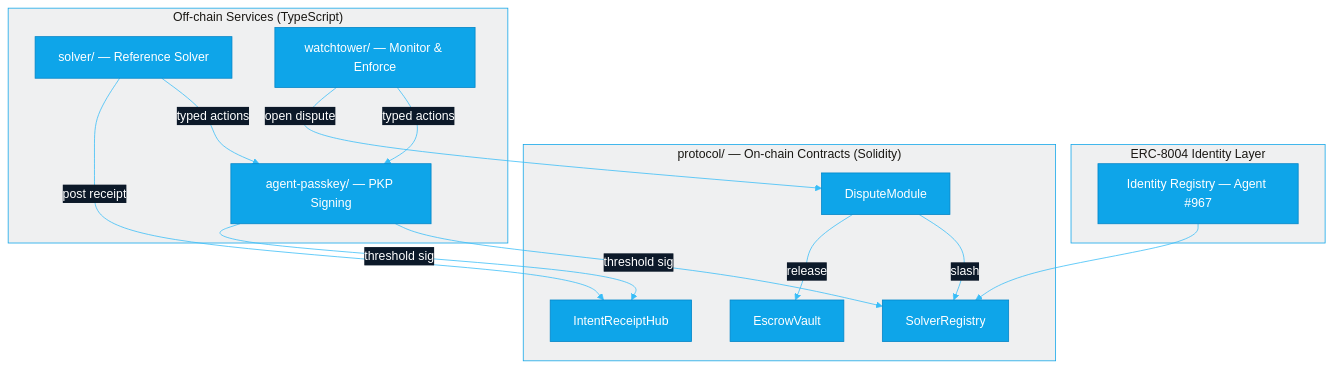
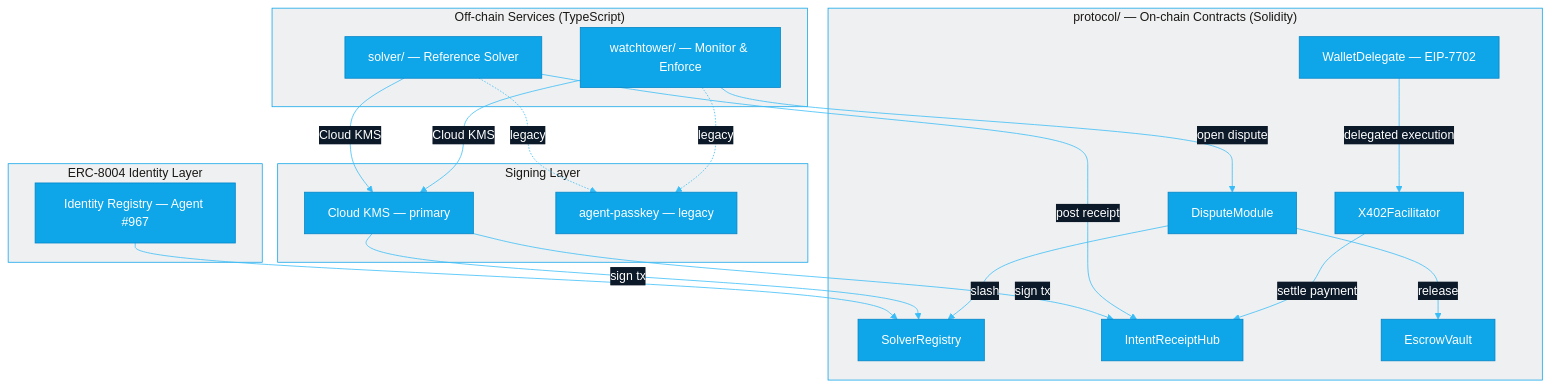
The second of 2 diagrams in README.md (intent-solutions-io/irsb-workspace), drawn with Mermaid before and after one commit. The commit also changed other lines of this file and 2 other files, not shown here.

Commit message:
docs: sync documentation for EIP-7702 delegation upgrade (Phase 8)
- CLAUDE.md: rewrite signing section, update architecture diagram,
  mark agent-passkey as deprecated, update test count to 426
- AI-CONTEXT.md: update architecture overview, env vars for KMS,
  reorder live deployments, fix test count, update cross-repo deps
- README.md: update Mermaid architecture with WalletDelegate +
  X402Facilitator + Cloud KMS, add EIP-7702/ERC-7710/ERC-7715 to
  standards table, add delegation contracts to deployments

````diff
--- a/README.md
+++ b/README.md
@@ -66,39 +66,49 @@
 ```mermaid
 %%{init: {'theme': 'base', 'themeVariables': {
   'primaryColor': '#0ea5e9',
   'primaryBorderColor': '#0284c7',
   'primaryTextColor': '#ffffff',
   'lineColor': '#38bdf8',
   'secondaryColor': '#0c1929',
   'tertiaryColor': '#e5e7eb',
   'clusterBkg': '#0c192910',
   'clusterBorder': '#0ea5e9'
 }}}%%
 flowchart TB
     subgraph ERC8004["ERC-8004 Identity Layer"]
         REG["Identity Registry — Agent #967"]
     end
 
     subgraph Protocol["protocol/ — On-chain Contracts (Solidity)"]
         SR[SolverRegistry]
         IRH[IntentReceiptHub]
         DM[DisputeModule]
         EV[EscrowVault]
+        WD["WalletDelegate — EIP-7702"]
+        X402["X402Facilitator"]
+    end
+
+    subgraph Signing["Signing Layer"]
+        KMS["Cloud KMS — primary"]
+        AP["agent-passkey — legacy"]
     end
 
     subgraph OffChain["Off-chain Services (TypeScript)"]
         SOL["solver/ — Reference Solver"]
         WT["watchtower/ — Monitor & Enforce"]
-        AP["agent-passkey/ — PKP Signing"]
     end
 
     REG --> SR
-    SOL -->|typed actions| AP
-    WT -->|typed actions| AP
-    AP -->|threshold sig| SR
-    AP -->|threshold sig| IRH
+    SOL -->|Cloud KMS| KMS
+    WT -->|Cloud KMS| KMS
+    SOL -.->|legacy| AP
+    WT -.->|legacy| AP
+    KMS -->|sign tx| IRH
+    KMS -->|sign tx| SR
     SOL -->|post receipt| IRH
     WT -->|open dispute| DM
     DM -->|slash| SR
     DM -->|release| EV
+    WD -->|delegated execution| X402
+    X402 -->|settle payment| IRH
 ```
````
